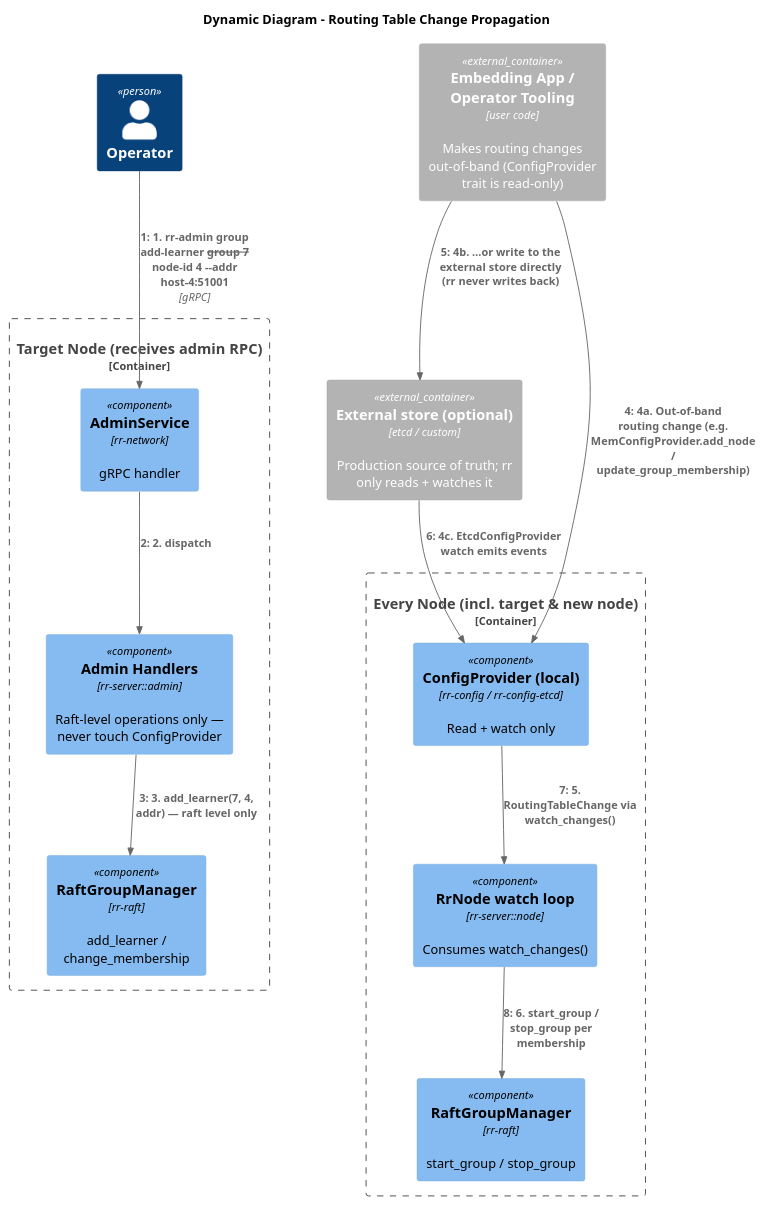
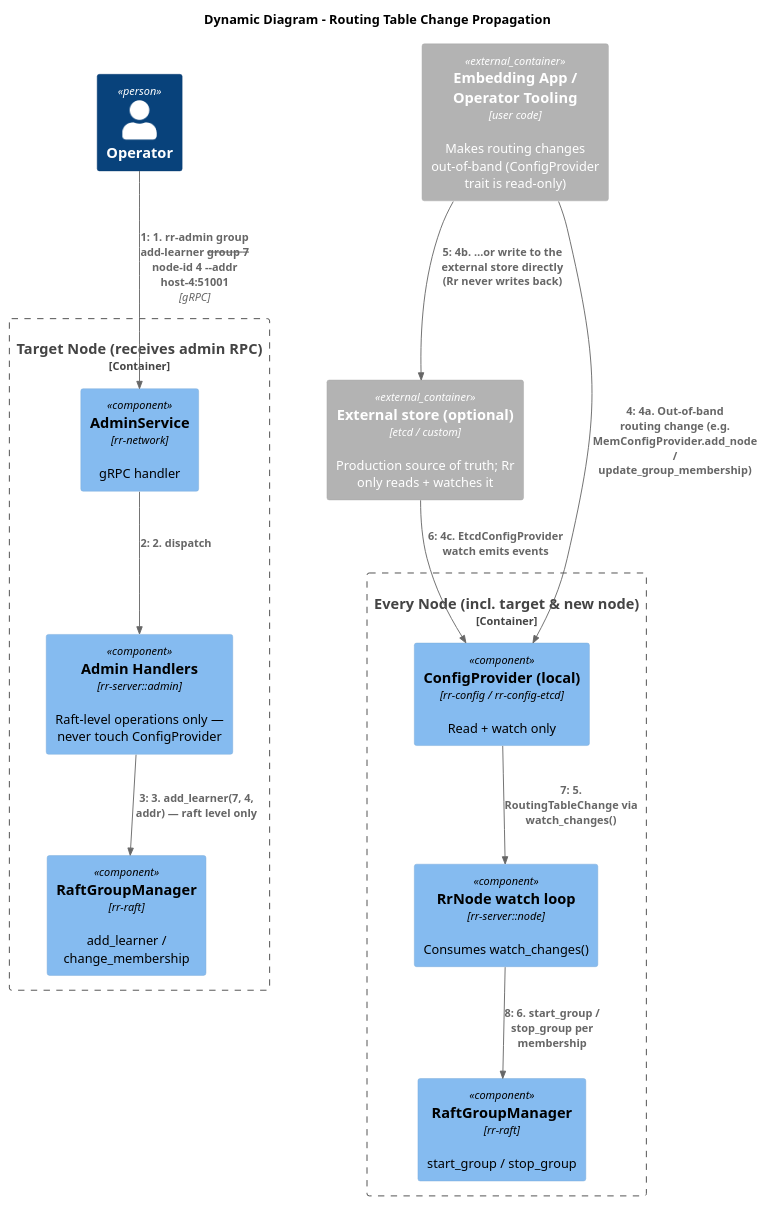
Before and after one commit to gardenias/rr: the first of 2 diagrams in docs/docs/architecture/c4/dynamic-config-update.md, drawn with PlantUML. The commit also changed other lines of this file and 79 other files, not shown here.

````diff
--- a/docs/docs/architecture/c4/dynamic-config-update.md
+++ b/docs/docs/architecture/c4/dynamic-config-update.md
@@ -14,35 +14,35 @@
 ```plantuml
 @startuml
 !include <C4/C4_Dynamic.puml>
 
 title Dynamic Diagram - Routing Table Change Propagation
 
 Person(operator, "Operator")
 Container_Ext(app, "Embedding App / Operator Tooling", "user code", "Makes routing changes out-of-band (ConfigProvider trait is read-only)")
 
 Container_Boundary(target_node, "Target Node (receives admin RPC)") {
   Component(admin_svc, "AdminService", "rr-network", "gRPC handler")
   Component(admin_hdl, "Admin Handlers", "rr-server::admin", "Raft-level operations only — never touch ConfigProvider")
   Component(raft_mgr_t, "RaftGroupManager", "rr-raft", "add_learner / change_membership")
 }
 
-Container_Ext(external_cfg, "External store (optional)", "etcd / custom", "Production source of truth; rr only reads + watches it")
+Container_Ext(external_cfg, "External store (optional)", "etcd / custom", "Production source of truth; Rr only reads + watches it")
 
 Container_Boundary(any_node, "Every Node (incl. target & new node)") {
   Component(cfg_local, "ConfigProvider (local)", "rr-config / rr-config-etcd", "Read + watch only")
   Component(watch_loop, "RrNode watch loop", "rr-server::node", "Consumes watch_changes()")
   Component(raft_mgr_x, "RaftGroupManager", "rr-raft", "start_group / stop_group")
 }
 
 Rel(operator, admin_svc, "1. rr-admin group add-learner --group 7 --node-id 4 --addr host-4:51001", "gRPC")
 Rel(admin_svc, admin_hdl, "2. dispatch")
 Rel(admin_hdl, raft_mgr_t, "3. add_learner(7, 4, addr) — raft level only")
 
 Rel(app, cfg_local, "4a. Out-of-band routing change (e.g. MemConfigProvider.add_node / update_group_membership)")
-Rel(app, external_cfg, "4b. …or write to the external store directly (rr never writes back)")
+Rel(app, external_cfg, "4b. …or write to the external store directly (Rr never writes back)")
 Rel(external_cfg, cfg_local, "4c. EtcdConfigProvider watch emits events")
 Rel(cfg_local, watch_loop, "5. RoutingTableChange via watch_changes()")
 Rel(watch_loop, raft_mgr_x, "6. start_group / stop_group per membership")
 
 @enduml
 ```
````
